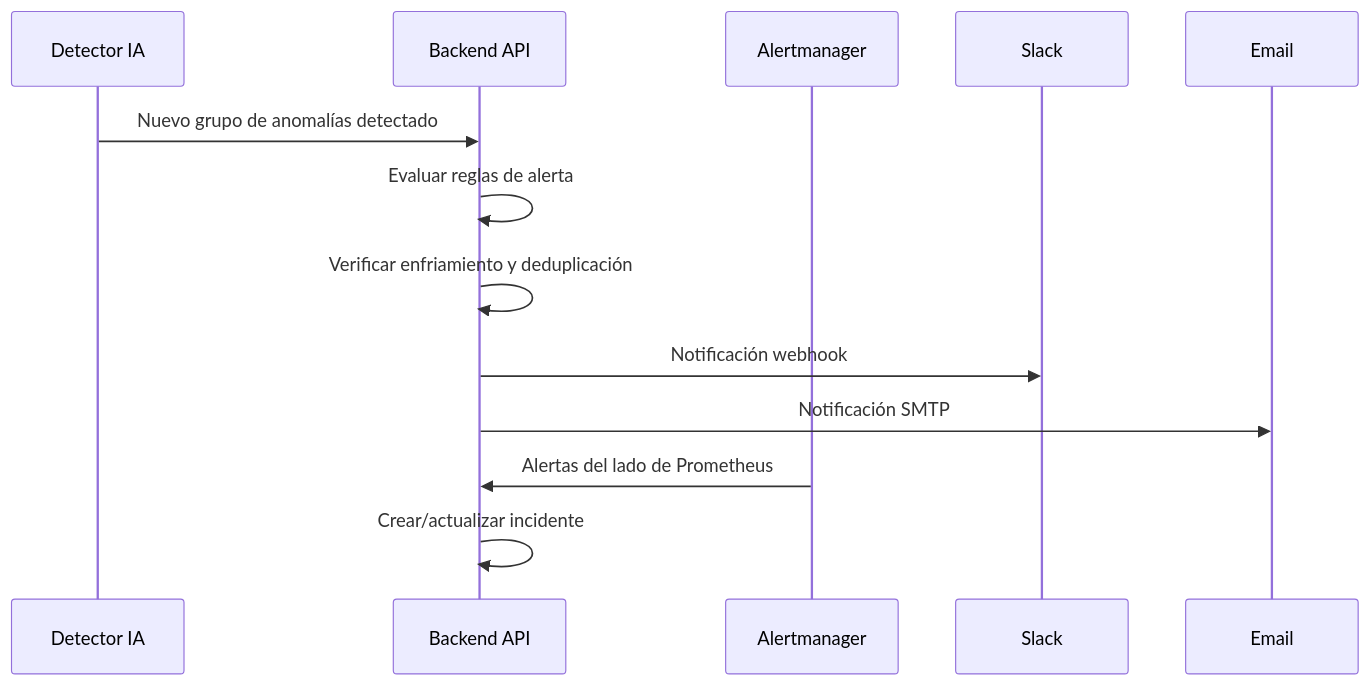
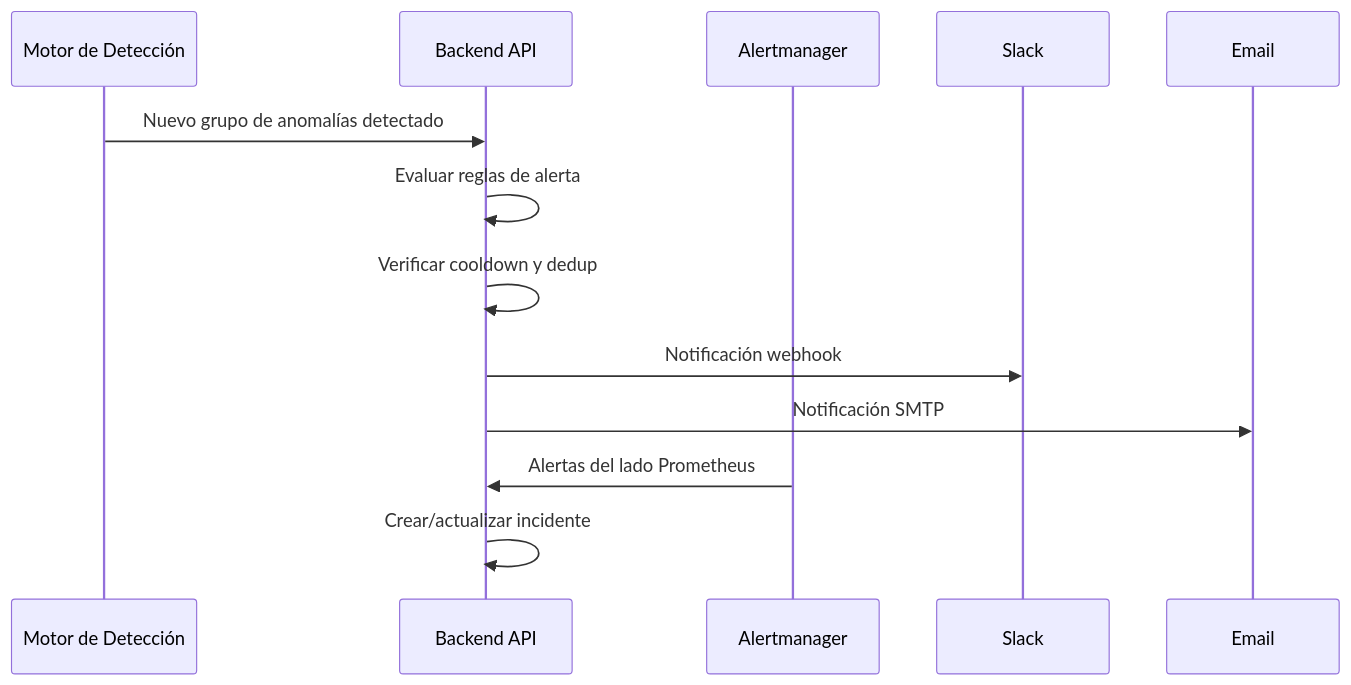
One commit to Rafael2712/rhinometric-overview changed the third of 4 diagrams in ARCHITECTURE_ES.md. Above: the diagram before and after it, drawn with Mermaid. The commit also changed other lines of this file and 9 other files, not shown here.

````diff
--- a/ARCHITECTURE_ES.md
+++ b/ARCHITECTURE_ES.md
@@ -141,16 +144,16 @@
 ```mermaid
 sequenceDiagram
-    participant AI as Detector IA
+    participant AI as Motor de Detección
     participant BE as Backend API
     participant AM as Alertmanager
     participant Slack as Slack
     participant Email as Email
-    
+
     AI->>BE: Nuevo grupo de anomalías detectado
     BE->>BE: Evaluar reglas de alerta
-    BE->>BE: Verificar enfriamiento y deduplicación
+    BE->>BE: Verificar cooldown y dedup
     BE->>Slack: Notificación webhook
     BE->>Email: Notificación SMTP
-    AM->>BE: Alertas del lado de Prometheus
+    AM->>BE: Alertas del lado Prometheus
     BE->>BE: Crear/actualizar incidente
 ```
````
